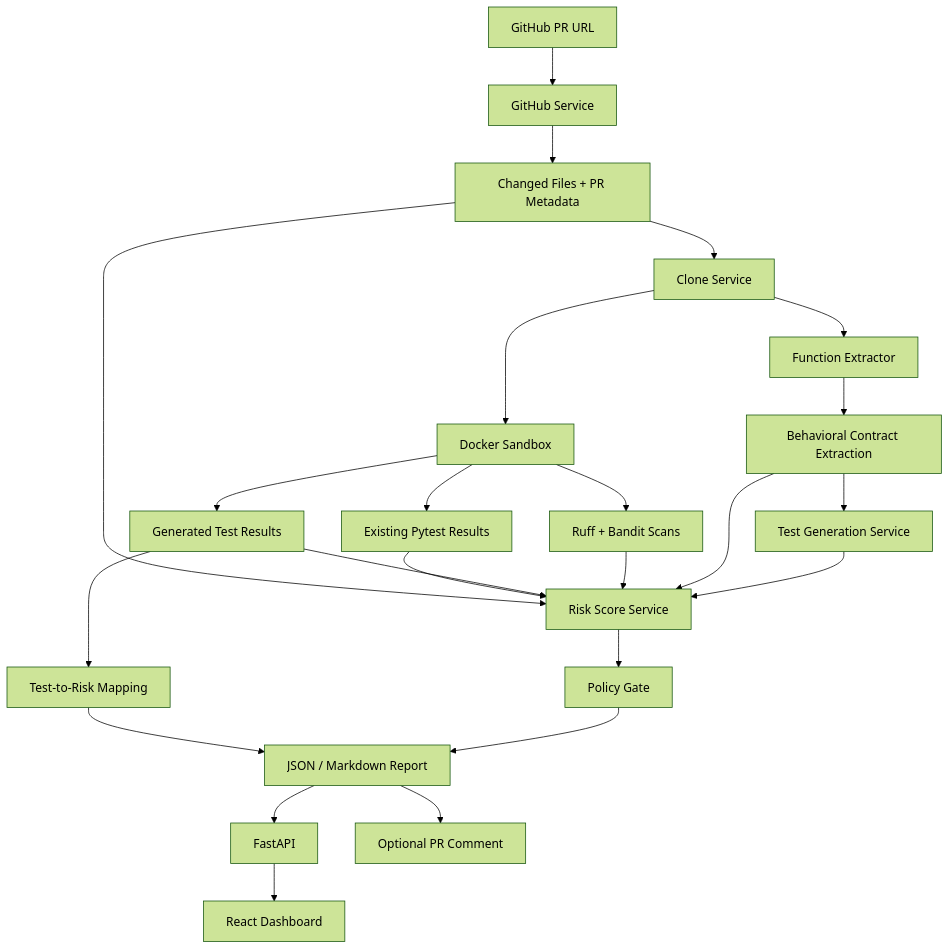
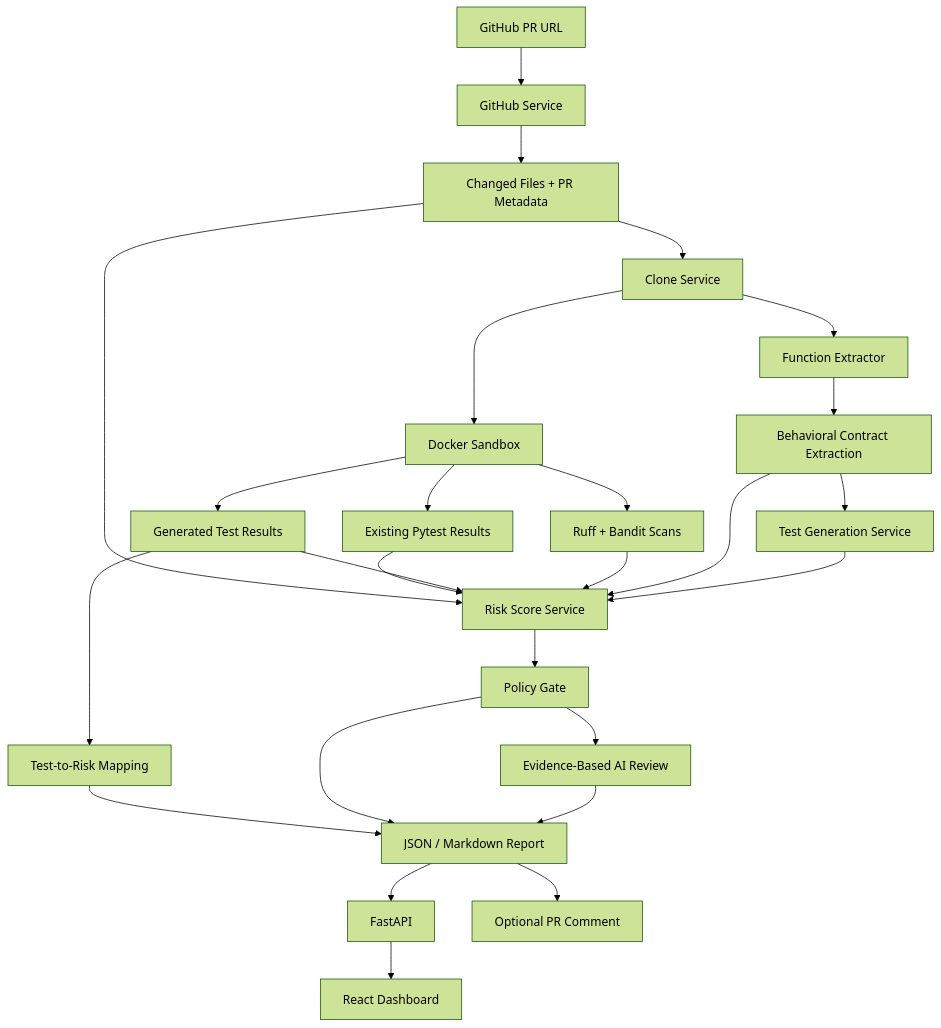
Before and after one commit to KaiwenMo1/patchguard: the diagram in README.md, drawn with Mermaid (forest theme). The commit also changed other lines of this file and 13 other files, not shown here.

````diff
--- a/README.md
+++ b/README.md
@@ -452,26 +526,28 @@
 ```mermaid
 flowchart TD
     A[GitHub PR URL] --> B[GitHub Service]
     B --> C[Changed Files + PR Metadata]
     C --> D[Clone Service]
     D --> E[Function Extractor]
     E --> R[Behavioral Contract Extraction]
     R --> F[Test Generation Service]
     D --> G[Docker Sandbox]
     G --> H[Existing Pytest Results]
     G --> I[Generated Test Results]
     G --> J[Ruff + Bandit Scans]
     I --> P[Test-to-Risk Mapping]
     C --> K[Risk Score Service]
     H --> K
     I --> K
     J --> K
     R --> K
     F --> K
     K --> Q[Policy Gate]
+    Q --> S[Evidence-Based AI Review]
     P --> L[JSON / Markdown Report]
     Q --> L
+    S --> L
     L --> M[FastAPI]
     M --> N[React Dashboard]
     L --> O[Optional PR Comment]
 ```
````
